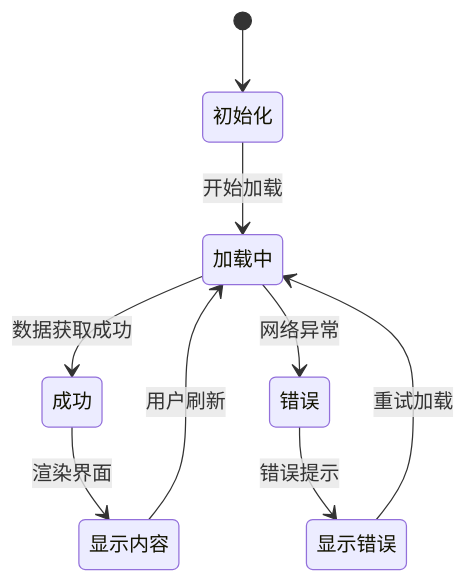
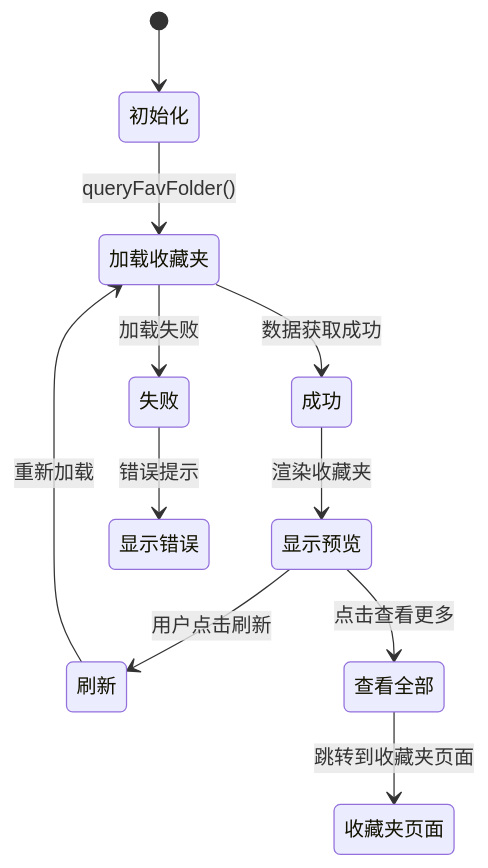
Before and after one commit to justLXX/pilipala: diagram 14 of 19 in .qoder/repowiki/zh/content/核心模块/功能模块/媒体管理模块.md, drawn with Mermaid. The commit also changed other lines of this file and 194 other files, not shown here.

````diff
--- a/.qoder/repowiki/zh/content/核心模块/功能模块/媒体管理模块.md
+++ b/.qoder/repowiki/zh/content/核心模块/功能模块/媒体管理模块.md
@@ -383,11 +575,13 @@
 ```mermaid
 stateDiagram-v2
 [*] --> 初始化
-初始化 --> 加载中 : 开始加载
-加载中 --> 成功 : 数据获取成功
-加载中 --> 错误 : 网络异常
-成功 --> 显示内容 : 渲染界面
-错误 --> 显示错误 : 错误提示
-显示内容 --> 加载中 : 用户刷新
-显示错误 --> 加载中 : 重试加载
+初始化 --> 加载收藏夹 : queryFavFolder()
+加载收藏夹 --> 成功 : 数据获取成功
+加载收藏夹 --> 失败 : 加载失败
+成功 --> 显示预览 : 渲染收藏夹
+失败 --> 显示错误 : 错误提示
+显示预览 --> 刷新 : 用户点击刷新
+刷新 --> 加载收藏夹 : 重新加载
+显示预览 --> 查看全部 : 点击查看更多
+查看全部 --> 收藏夹页面 : 跳转到收藏夹页面
 ```
````
